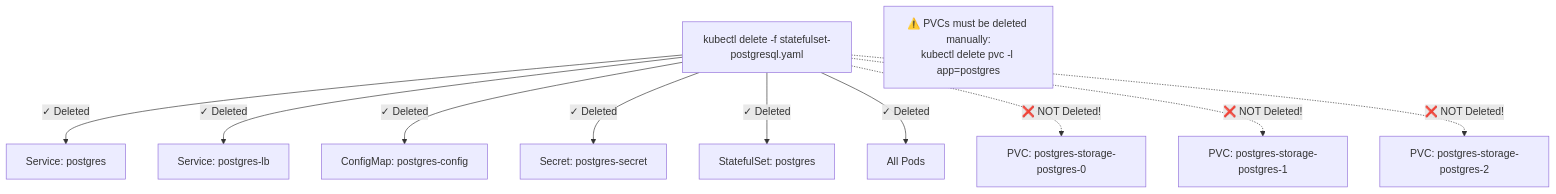
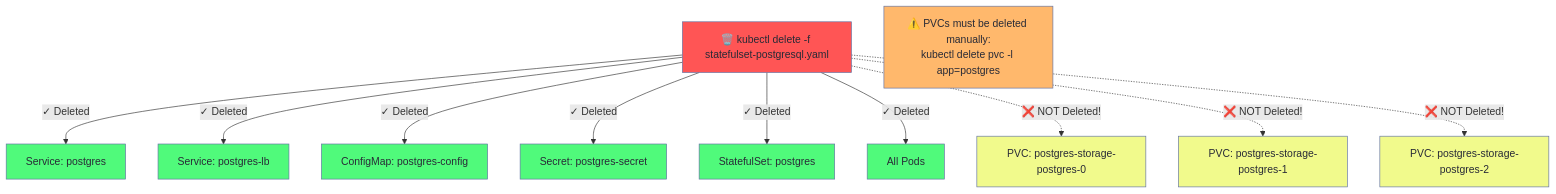
Before and after one commit to selvakumarperumal/k8s_minikube_learn: diagram 12 of 17 in Workload_and_Application_Management/statefulset-postgresql-explained.md, drawn with Mermaid. The commit also changed other lines of this file, not shown here.

Commit message:
Apply Dracula theme colors to all diagrams for consistent visibility in dark mode

````diff
--- a/Workload_and_Application_Management/statefulset-postgresql-explained.md
+++ b/Workload_and_Application_Management/statefulset-postgresql-explained.md
@@ -338,17 +406,29 @@
 ```mermaid
 graph TD
-    DELETE[kubectl delete -f statefulset-postgresql.yaml]
+    DELETE[🗑️ kubectl delete -f statefulset-postgresql.yaml]
     
     DELETE -->|"✓ Deleted"| SVC1[Service: postgres]
     DELETE -->|"✓ Deleted"| SVC2[Service: postgres-lb]
     DELETE -->|"✓ Deleted"| CM[ConfigMap: postgres-config]
     DELETE -->|"✓ Deleted"| SEC[Secret: postgres-secret]
     DELETE -->|"✓ Deleted"| STS[StatefulSet: postgres]
     DELETE -->|"✓ Deleted"| PODS[All Pods]
     
     DELETE -.->|"❌ NOT Deleted!"| PVC0[PVC: postgres-storage-postgres-0]
     DELETE -.->|"❌ NOT Deleted!"| PVC1[PVC: postgres-storage-postgres-1]
     DELETE -.->|"❌ NOT Deleted!"| PVC2[PVC: postgres-storage-postgres-2]
     
     NOTE[⚠️ PVCs must be deleted manually:<br/>kubectl delete pvc -l app=postgres]
+    
+    style DELETE fill:#ff5555,stroke:#6272a4,color:#282a36
+    style SVC1 fill:#50fa7b,stroke:#6272a4,color:#282a36
+    style SVC2 fill:#50fa7b,stroke:#6272a4,color:#282a36
+    style CM fill:#50fa7b,stroke:#6272a4,color:#282a36
+    style SEC fill:#50fa7b,stroke:#6272a4,color:#282a36
+    style STS fill:#50fa7b,stroke:#6272a4,color:#282a36
+    style PODS fill:#50fa7b,stroke:#6272a4,color:#282a36
+    style PVC0 fill:#f1fa8c,stroke:#6272a4,color:#282a36
+    style PVC1 fill:#f1fa8c,stroke:#6272a4,color:#282a36
+    style PVC2 fill:#f1fa8c,stroke:#6272a4,color:#282a36
+    style NOTE fill:#ffb86c,stroke:#6272a4,color:#282a36
 ```
````
